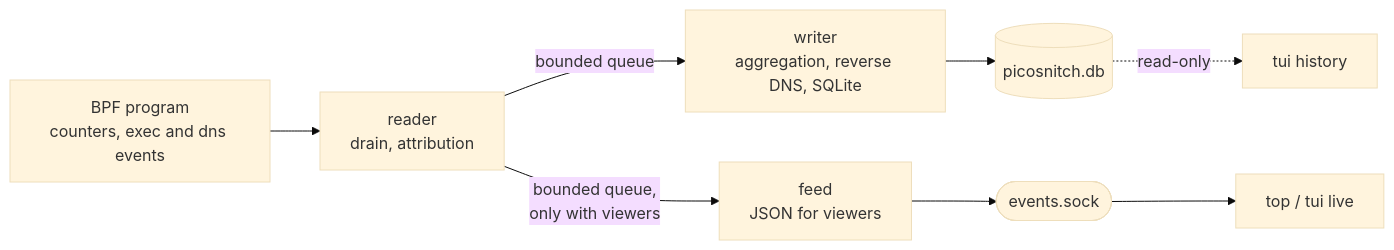
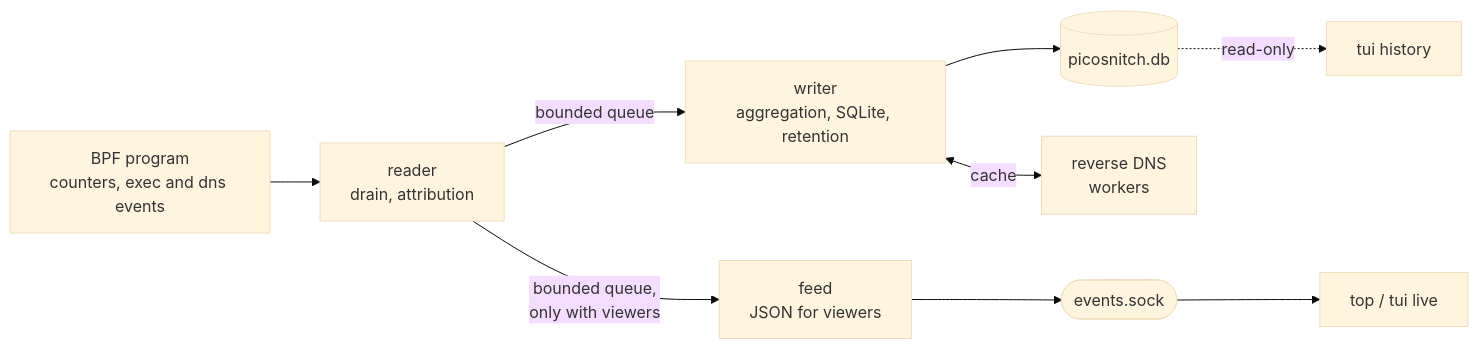
Before and after one commit to dehesselle/tracct: the diagram in docs/DESIGN.md, drawn with Mermaid (base theme). The commit also changed other lines of this file and 14 other files, not shown here.

````diff
--- a/docs/DESIGN.md
+++ b/docs/DESIGN.md
@@ -63,10 +64,11 @@
 ```mermaid
 flowchart LR
     BPF["BPF program<br/>counters, exec and dns events"] --> R
     R["reader<br/>drain, attribution"] -- bounded queue --> W
     R -- bounded queue,<br/>only with viewers --> F
-    W["writer<br/>aggregation, reverse DNS, SQLite"] --> DB[(picosnitch.db)]
+    W["writer<br/>aggregation, SQLite, retention"] --> DB[(picosnitch.db)]
+    W <-- cache --> DNS["reverse DNS<br/>workers"]
     F["feed<br/>JSON for viewers"] --> LIVE([events.sock])
     LIVE --> TOP["top / tui live"]
     DB -. read-only .-> TUI["tui history"]
 ```
````
